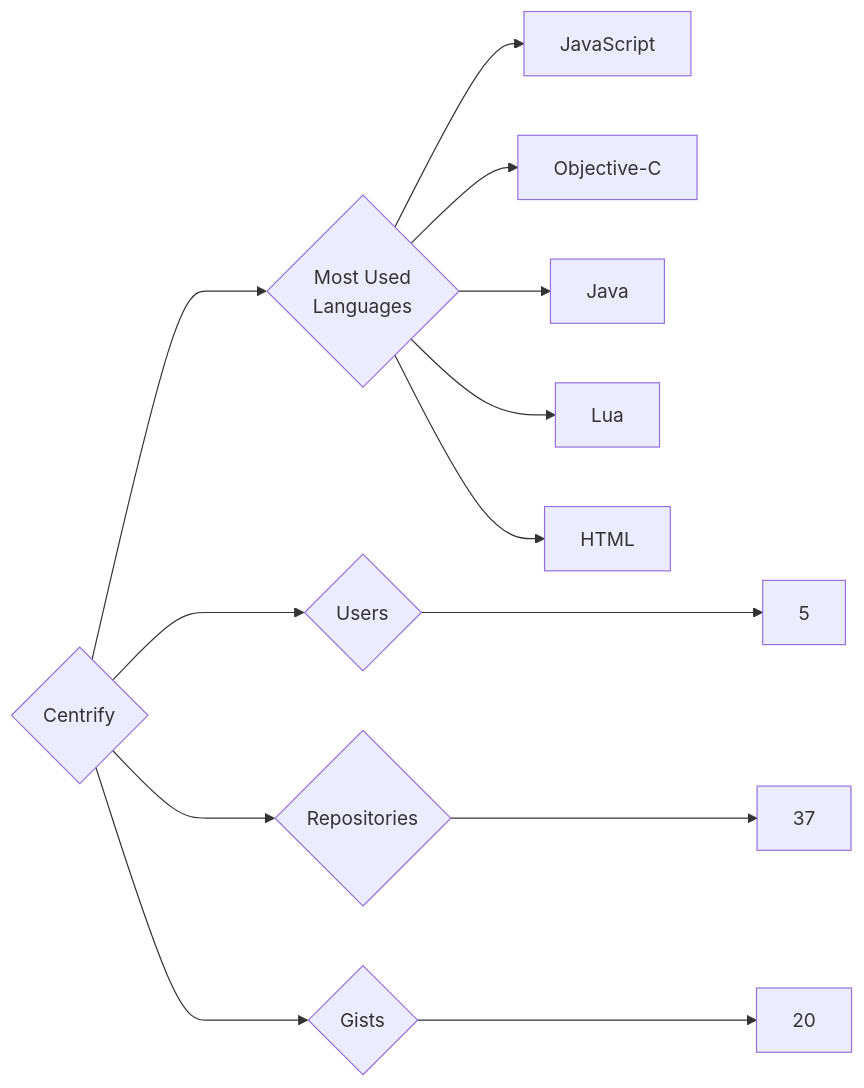
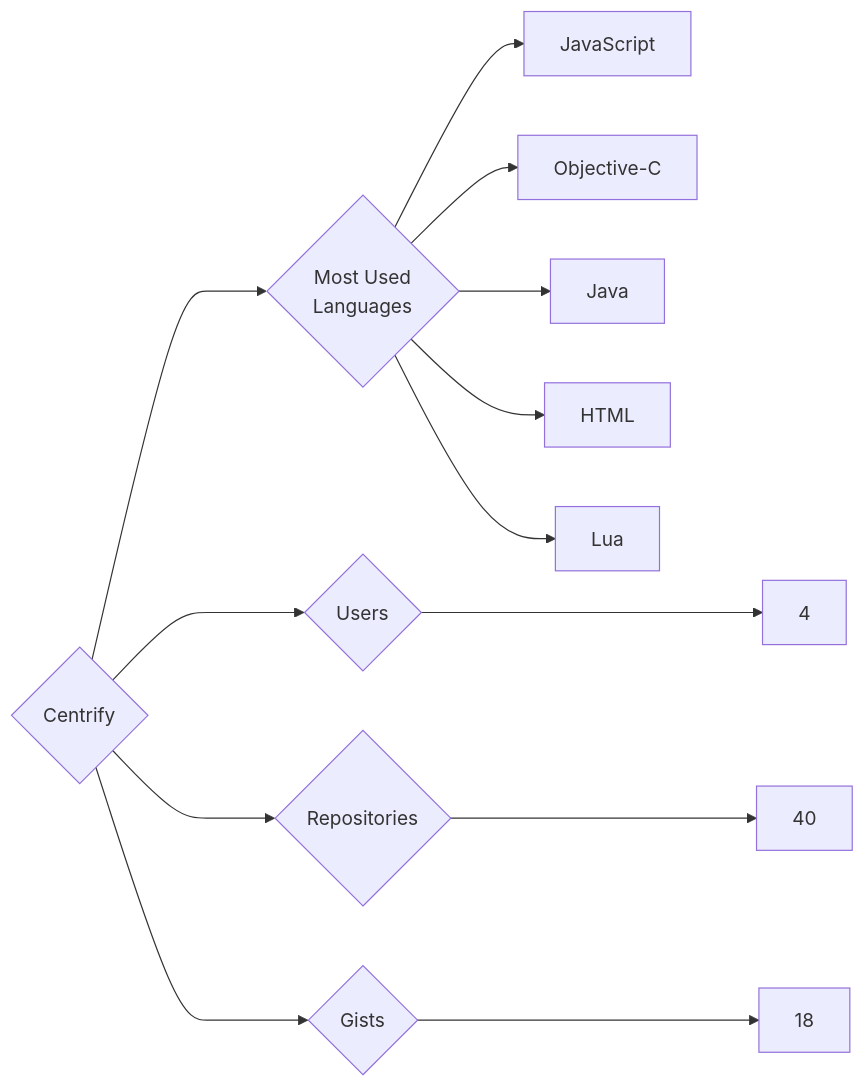
One commit to trickest/insiders changed the diagram in targets/Centrify/README.md. Above: the diagram before and after it, drawn with Mermaid. The commit also changed 1089 other files, not shown here.

````diff
--- a/targets/Centrify/README.md
+++ b/targets/Centrify/README.md
@@ -3,13 +3,13 @@
 ```mermaid
 graph LR
 COMPANY_NAME{Centrify}
-COMPANY_NAME ---> U{Users} ---> UN[5]
-COMPANY_NAME ---> R{Repositories} ---> RN[37]
-COMPANY_NAME ---> G{Gists} ---> GN[20]
+COMPANY_NAME ---> U{Users} ---> UN[4]
+COMPANY_NAME ---> R{Repositories} ---> RN[40]
+COMPANY_NAME ---> G{Gists} ---> GN[18]
 COMPANY_NAME ---> ML{Most Used<br>Languages}
 ML --> JavaScript[JavaScript]
 ML --> Objective-C[Objective-C]
 ML --> Java[Java]
+ML --> HTML[HTML]
 ML --> Lua[Lua]
-ML --> HTML[HTML]
 ```
````
